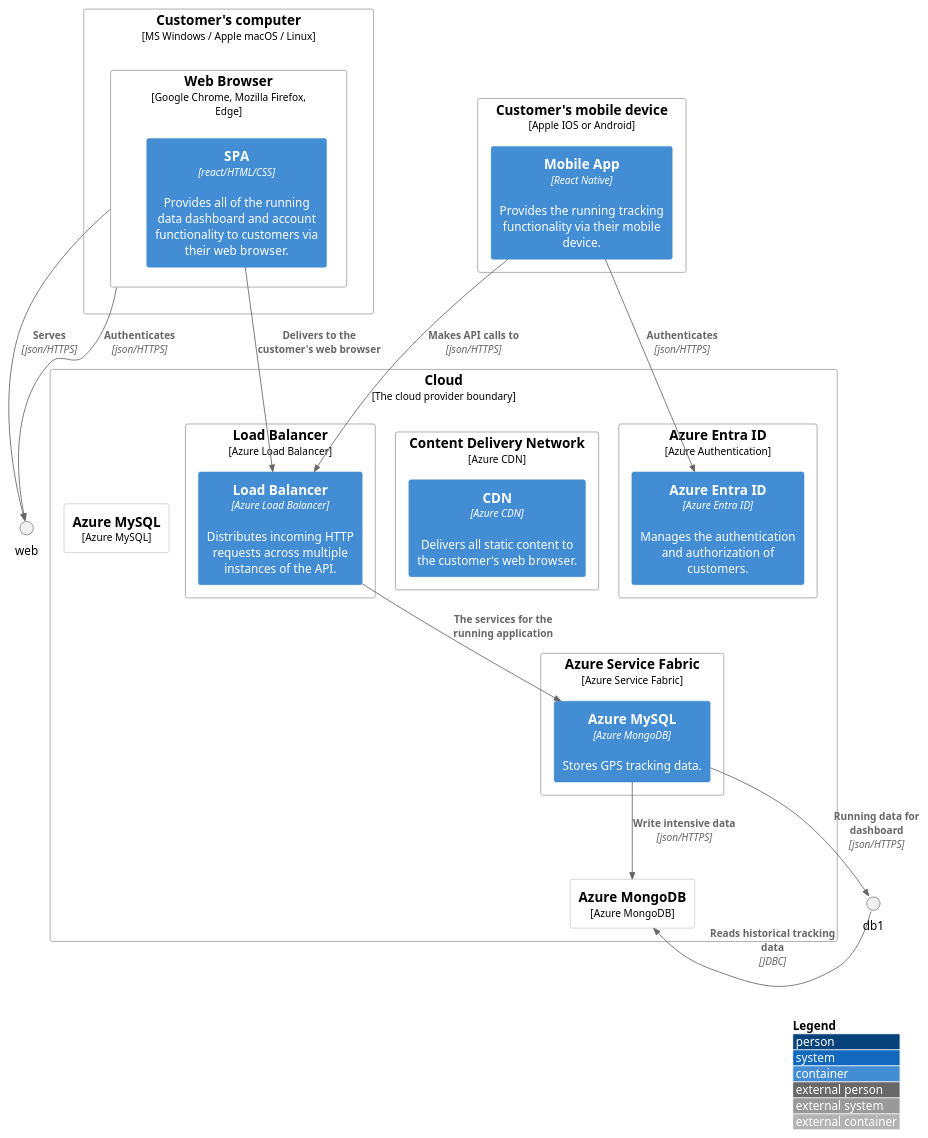
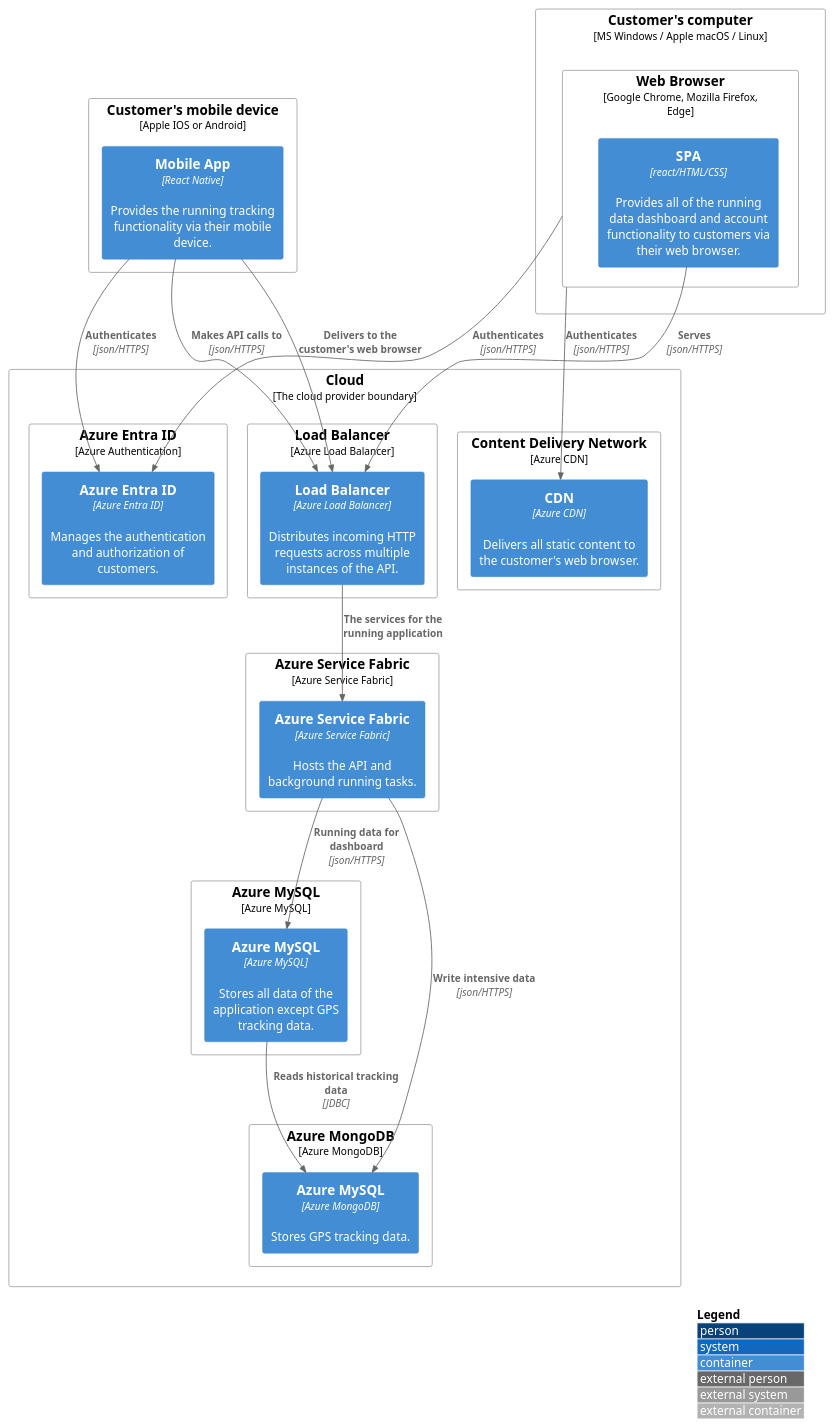
One commit to SilvioAmaral/SolutionAchitecture changed the diagram in src/4 Long Term Plan/deployment.puml. Above: the diagram before and after it, drawn with PlantUML. The commit also changed 1 other file, not shown here.

```diff
--- a/src/4 Long Term Plan/deployment.puml
+++ b/src/4 Long Term Plan/deployment.puml
@@ -1,47 +1,48 @@
 @startuml deployment
 !include ../../C4-PlantUML/C4_Deployment.puml
 
 LAYOUT_WITH_LEGEND()
 
 Deployment_Node(plc, "Cloud", "The cloud provider boundary"){
     Deployment_Node(id, "Azure Entra ID", "Azure Authentication"){
         Container(entra, "Azure Entra ID", "Azure Entra ID", "Manages the authentication and authorization of customers.")
     }
     Deployment_Node(cn, "Content Delivery Network", "Azure CDN"){
         Container(cdn, "CDN", "Azure CDN", "Delivers all static content to the customer's web browser.")
     }
     Deployment_Node(ln, "Load Balancer", "Azure Load Balancer"){
         Container(load, "Load Balancer", "Azure Load Balancer", "Distributes incoming HTTP requests across multiple instances of the API.")
     }
     Deployment_Node(sn, "Azure Service Fabric", "Azure Service Fabric"){
         Container(svc, "Azure Service Fabric", "Azure Service Fabric", "Hosts the API and background running tasks.")
     }
-    Deployment_Node(db, "Azure MySQL", "Azure MySQL"){
-        Container(svc, "Azure MySQL", "Azure MySQL", "Stores all data of the application except GPS tracking data.")
+    Deployment_Node(db1, "Azure MySQL", "Azure MySQL"){
+        Container(mysql, "Azure MySQL", "Azure MySQL", "Stores all data of the application except GPS tracking data.")
     }
     Deployment_Node(db2, "Azure MongoDB", "Azure MongoDB"){
-        Container(svc, "Azure MySQL", "Azure MongoDB", "Stores GPS tracking data.")
+        Container(mongo, "Azure MySQL", "Azure MongoDB", "Stores GPS tracking data.")
     }
 }
 
 Deployment_Node(mob, "Customer's mobile device", "Apple IOS or Android"){
     Container(mobile, "Mobile App", "React Native", "Provides the running tracking functionality via their mobile device.")
 }
 
 Deployment_Node(comp, "Customer's computer", "MS Windows / Apple macOS / Linux"){
     Deployment_Node(browser, "Web Browser", "Google Chrome, Mozilla Firefox, Edge"){
         Container(spa, "SPA", "react/HTML/CSS", "Provides all of the running data dashboard and account functionality to customers via their web browser.")
     }
 }
 
 Rel(mobile, entra, "Authenticates", "json/HTTPS")
-Rel(browser, web, "Authenticates", "json/HTTPS")
+Rel(browser, entra, "Authenticates", "json/HTTPS")
+Rel(browser, cdn, "Authenticates", "json/HTTPS")
 Rel(mobile, load, "Makes API calls to", "json/HTTPS")
-Rel(browser, web, "Serves", "json/HTTPS")
-Rel(spa, load, "Delivers to the customer's web browser")
+Rel(spa, load, "Serves", "json/HTTPS")
+Rel(mobile, load, "Delivers to the customer's web browser")
 Rel(load, svc, "The services for the running application")
-Rel(svc, db1, "Running data for dashboard", "json/HTTPS")
-Rel(svc, db2, "Write intensive data", "json/HTTPS")
-Rel(db1, db2, "Reads historical tracking data", "JDBC")
+Rel(svc, mysql, "Running data for dashboard", "json/HTTPS")
+Rel(svc, mongo, "Write intensive data", "json/HTTPS")
+Rel(mysql, mongo, "Reads historical tracking data", "JDBC")
 
 @enduml
```
